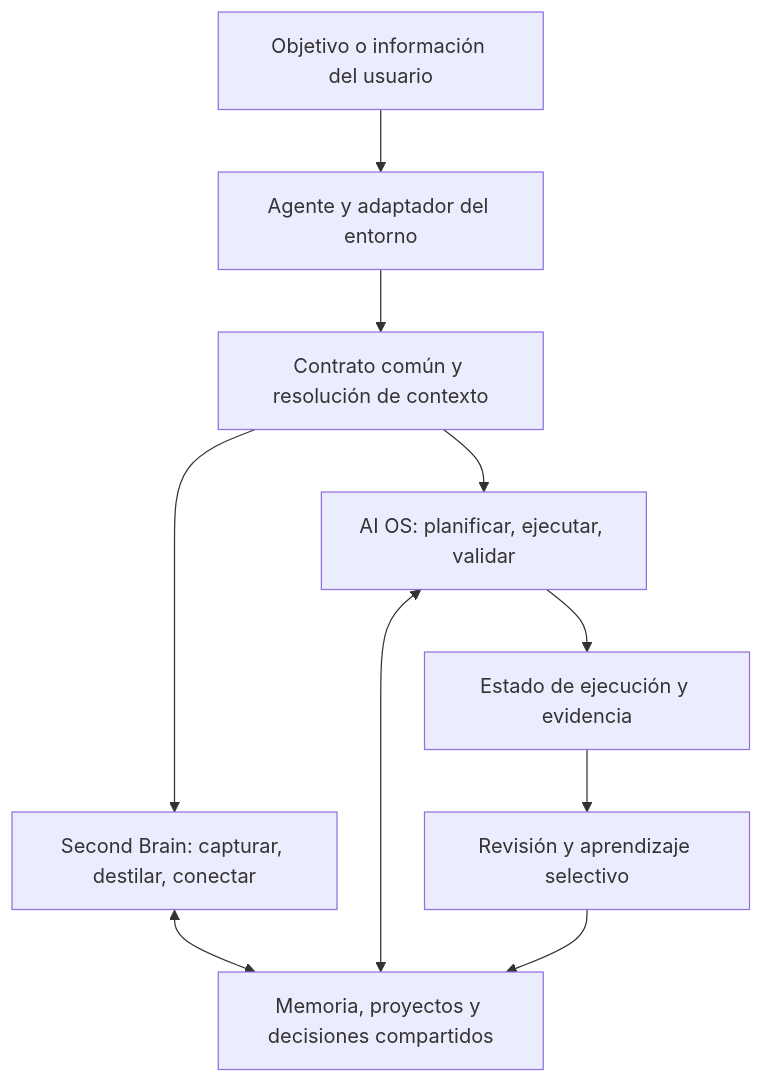
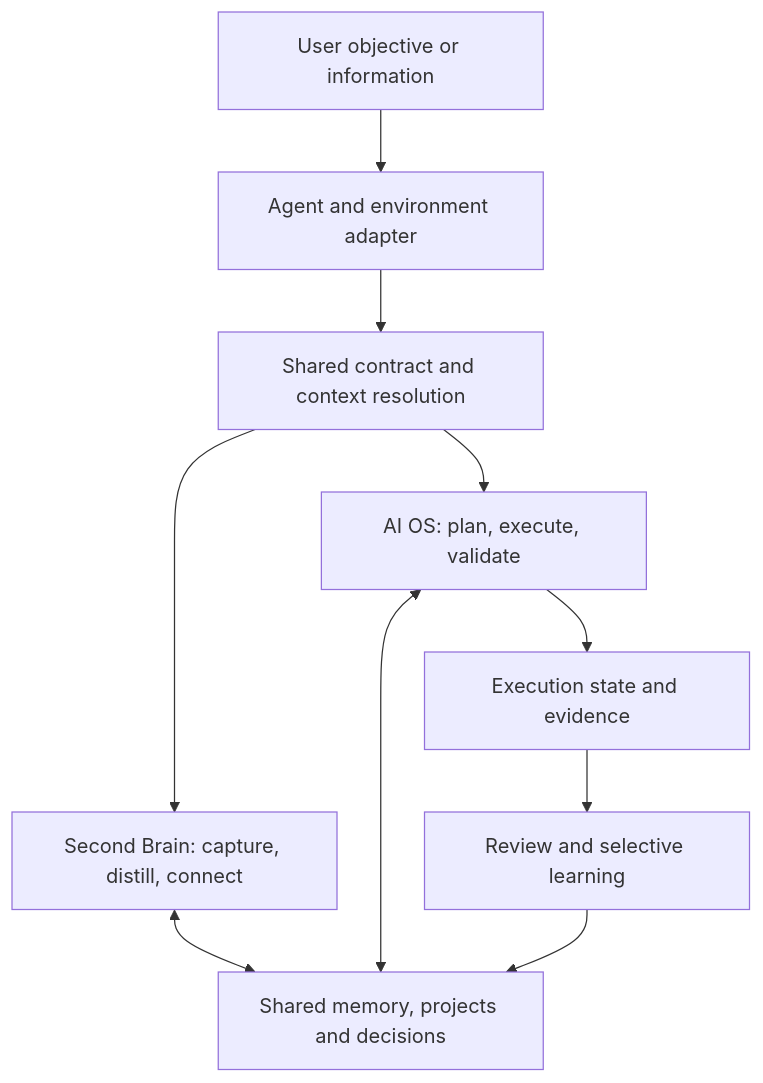
Before and after one commit to afmanu/manu-control-center: the diagram in references/architecture-v0.2.md, drawn with Mermaid. The commit also changed other lines of this file and 51 other files, not shown here.

````diff
--- a/references/architecture-v0.2.md
+++ b/references/architecture-v0.2.md
@@ -42,12 +42,12 @@
 ```mermaid
 flowchart TB
-    U[Objetivo o información del usuario] --> A[Agente y adaptador del entorno]
-    A --> C[Contrato común y resolución de contexto]
-    C --> B[Second Brain: capturar, destilar, conectar]
-    C --> O[AI OS: planificar, ejecutar, validar]
-    B <--> M[Memoria, proyectos y decisiones compartidos]
+    U[User objective or information] --> A[Agent and environment adapter]
+    A --> C[Shared contract and context resolution]
+    C --> B[Second Brain: capture, distill, connect]
+    C --> O[AI OS: plan, execute, validate]
+    B <--> M[Shared memory, projects and decisions]
     O <--> M
-    O --> E[Estado de ejecución y evidencia]
-    E --> R[Revisión y aprendizaje selectivo]
+    O --> E[Execution state and evidence]
+    E --> R[Review and selective learning]
     R --> M
 ```
````
